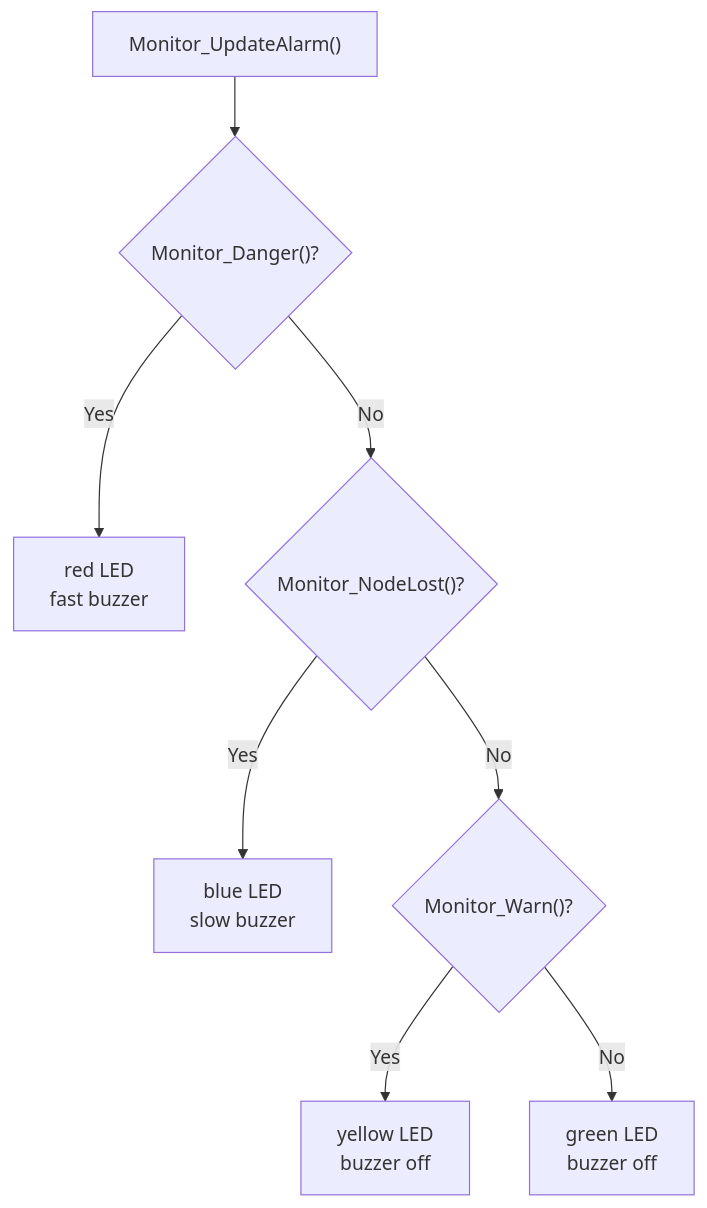
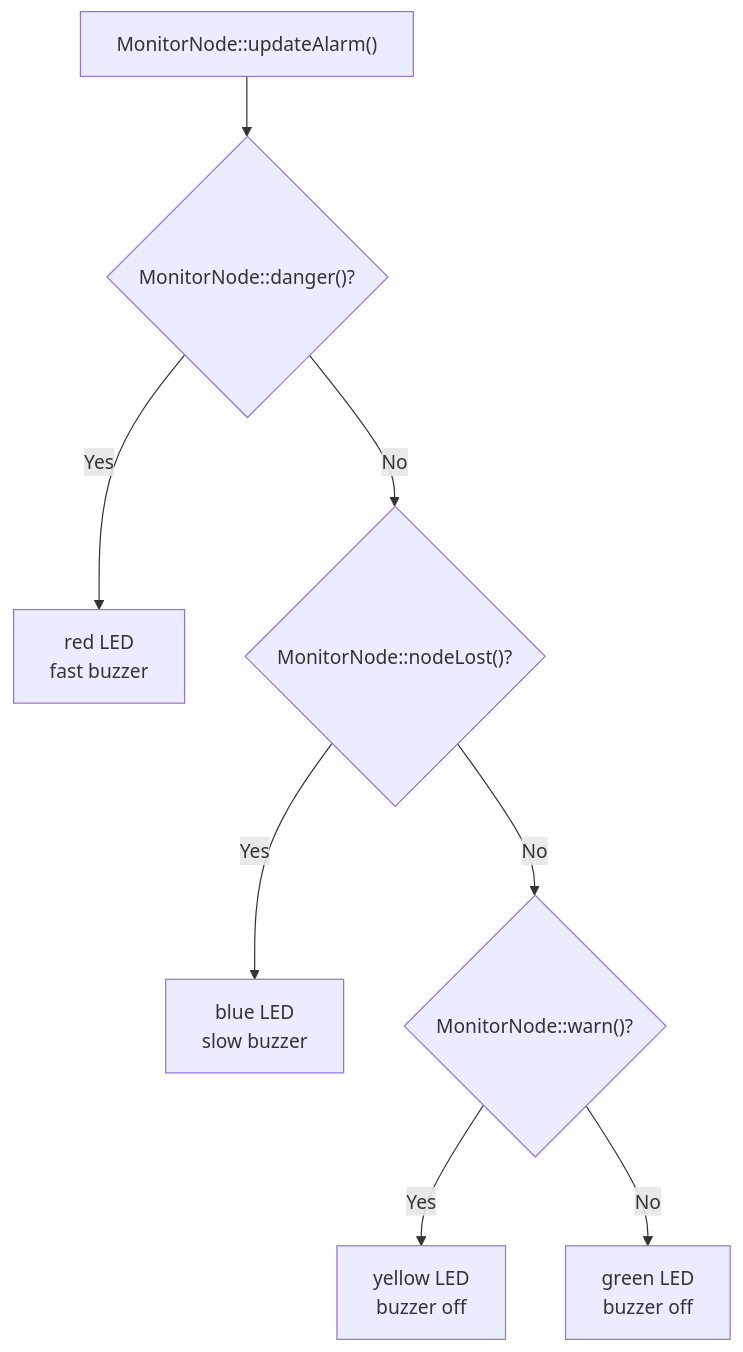
The ninth of 13 diagrams in docs/FUNCTION_DESIGN_WALKTHROUGH.en.md (Cusnd/dual-stm32-safety-monitor), drawn with Mermaid before and after one commit. The commit also changed other lines of this file and 78 other files, not shown here.

````diff
--- a/docs/FUNCTION_DESIGN_WALKTHROUGH.en.md
+++ b/docs/FUNCTION_DESIGN_WALKTHROUGH.en.md
@@ -263,10 +263,10 @@
 ```mermaid
 flowchart TD
-  D["Monitor_UpdateAlarm()"] --> A{"Monitor_Danger()?"}
+  D["MonitorNode::updateAlarm()"] --> A{"MonitorNode::danger()?"}
   A -->|"Yes"| RED["red LED\nfast buzzer"]
-  A -->|"No"| L{"Monitor_NodeLost()?"}
+  A -->|"No"| L{"MonitorNode::nodeLost()?"}
   L -->|"Yes"| BLUE["blue LED\nslow buzzer"]
-  L -->|"No"| W{"Monitor_Warn()?"}
+  L -->|"No"| W{"MonitorNode::warn()?"}
   W -->|"Yes"| YELLOW["yellow LED\nbuzzer off"]
   W -->|"No"| GREEN["green LED\nbuzzer off"]
 ```
````
